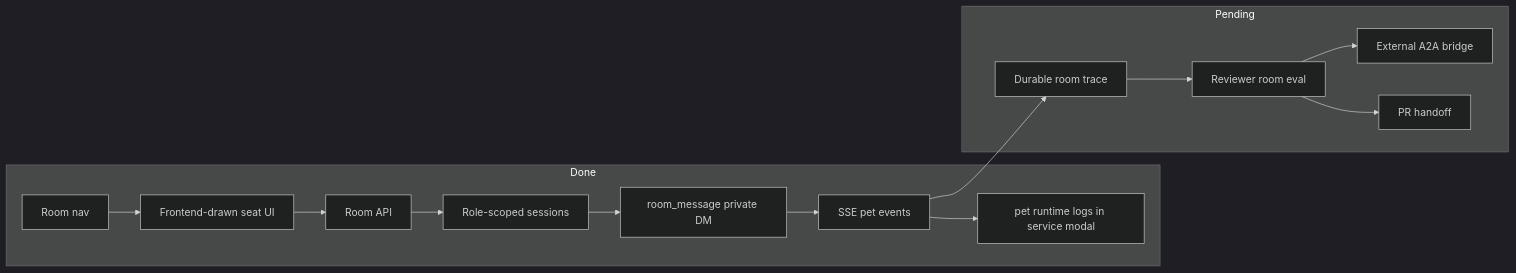
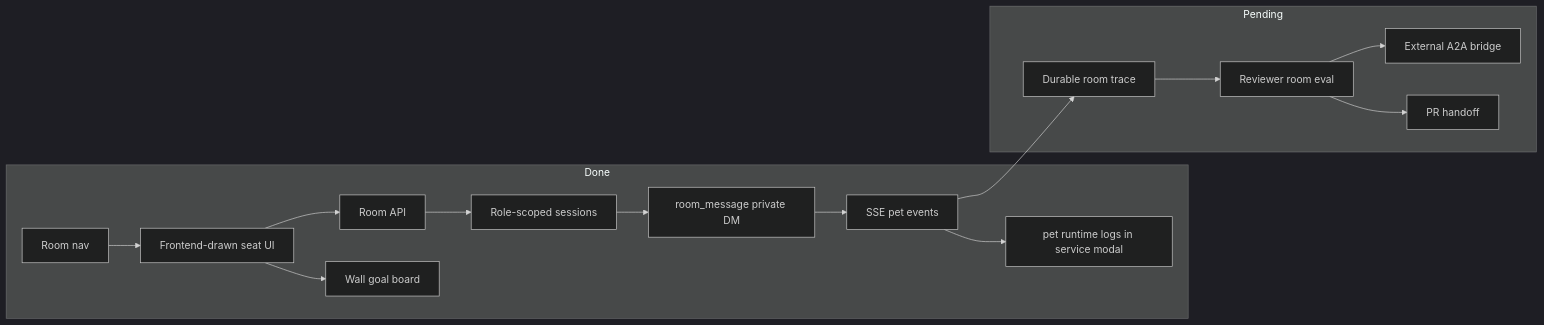
Before and after one commit to fightheyyy/XiaoBa-CLI: the diagram in dashboard/PLAN.md, drawn with Mermaid (dark theme). The commit also changed other lines of this file and 2 other files, not shown here.

Commit message:
Render room goal on board

````diff
--- a/dashboard/PLAN.md
+++ b/dashboard/PLAN.md
@@ -7,30 +7,32 @@
 ```mermaid
 flowchart LR
     subgraph Done["Done"]
         Nav["Room nav"]
         Surface["Frontend-drawn seat UI"]
         API["Room API"]
         Scoped["Role-scoped sessions"]
+        Goal["Wall goal board"]
         PM["room_message private DM"]
         Stream["SSE pet events"]
         Logs["pet runtime logs in service modal"]
     end
 
     subgraph Pending["Pending"]
         Durable["Durable room trace"]
         Eval["Reviewer room eval"]
         A2A["External A2A bridge"]
         PR["PR handoff"]
     end
 
     Nav --> Surface
     Surface --> API
+    Surface --> Goal
     API --> Scoped
     Scoped --> PM
     PM --> Stream
     Stream --> Logs
     Stream --> Durable
     Durable --> Eval
     Eval --> A2A
     Eval --> PR
 ```
````
